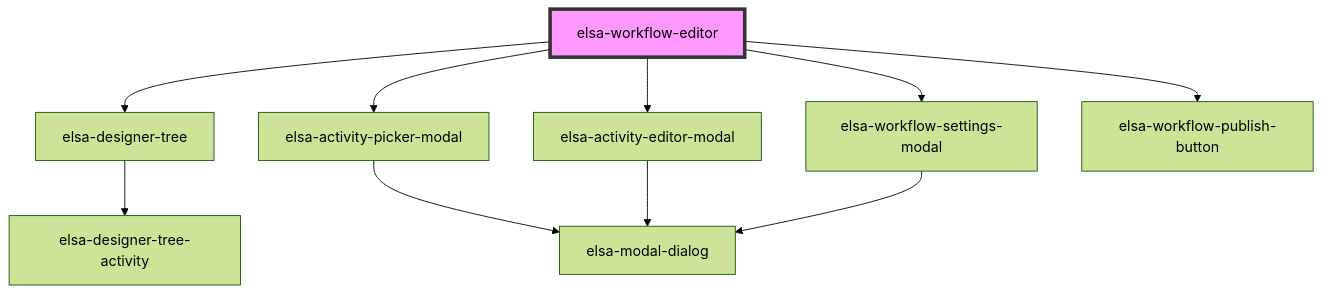
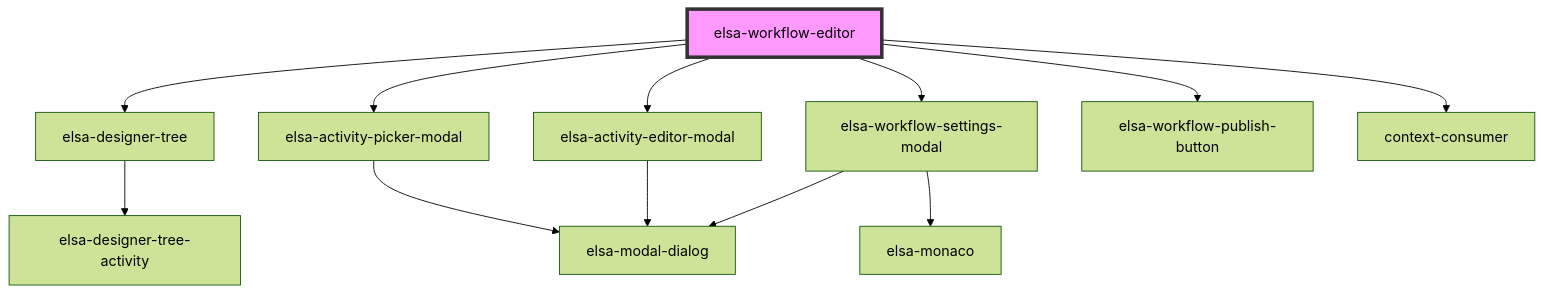
One commit to elsa-workflows/elsa-core changed the diagram in src/designer/elsa-workflows-studio/src/components/editors/workflow-editor/elsa-workflow-editor/readme.md. Above: the diagram before and after it, drawn with Mermaid (forest theme). The commit also changed other lines of this file and 38 other files, not shown here.

````diff
--- a/src/designer/elsa-workflows-studio/src/components/editors/workflow-editor/elsa-workflow-editor/readme.md
+++ b/src/designer/elsa-workflows-studio/src/components/editors/workflow-editor/elsa-workflow-editor/readme.md
@@ -27,13 +51,15 @@
 ```mermaid
 graph TD;
   elsa-workflow-editor --> elsa-designer-tree
   elsa-workflow-editor --> elsa-activity-picker-modal
   elsa-workflow-editor --> elsa-activity-editor-modal
   elsa-workflow-editor --> elsa-workflow-settings-modal
   elsa-workflow-editor --> elsa-workflow-publish-button
+  elsa-workflow-editor --> context-consumer
   elsa-designer-tree --> elsa-designer-tree-activity
   elsa-activity-picker-modal --> elsa-modal-dialog
   elsa-activity-editor-modal --> elsa-modal-dialog
   elsa-workflow-settings-modal --> elsa-modal-dialog
+  elsa-workflow-settings-modal --> elsa-monaco
   style elsa-workflow-editor fill:#f9f,stroke:#333,stroke-width:4px
 ```
````
